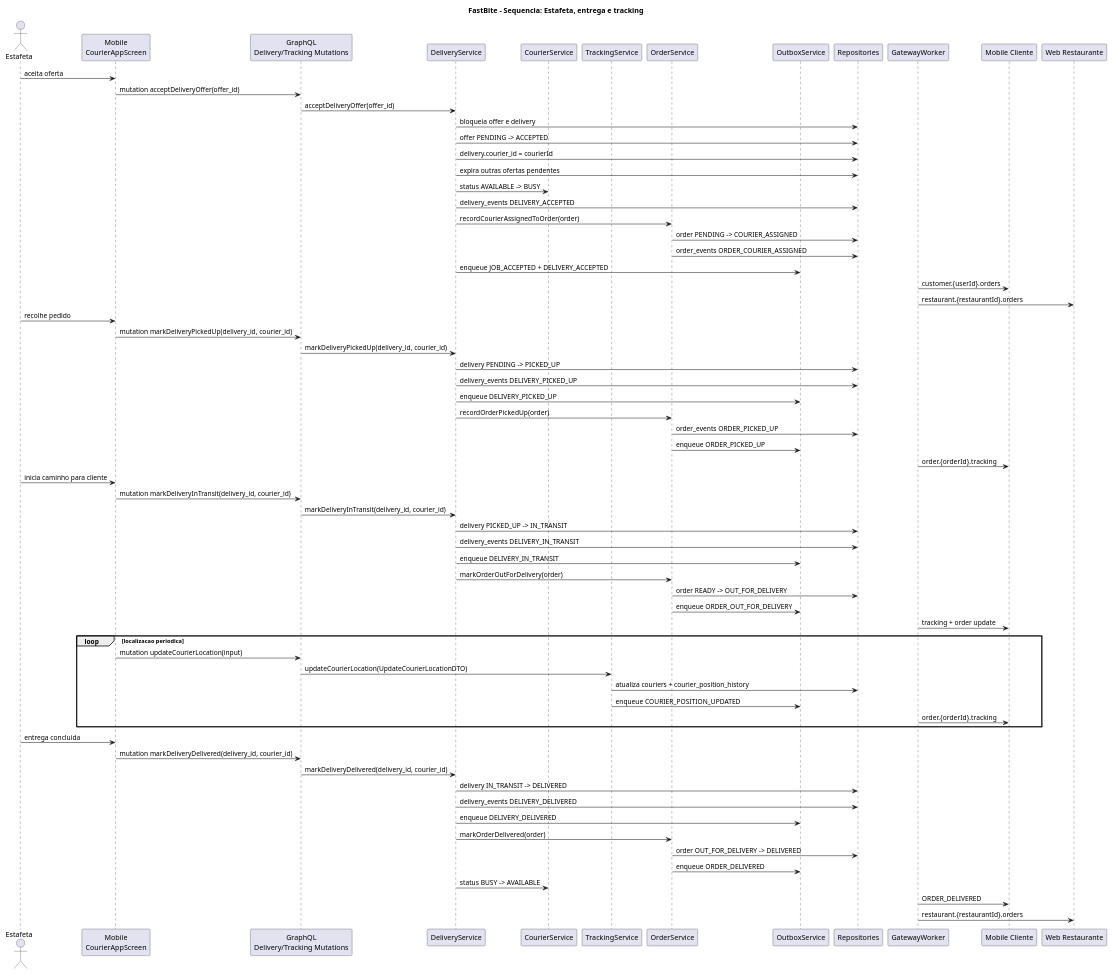
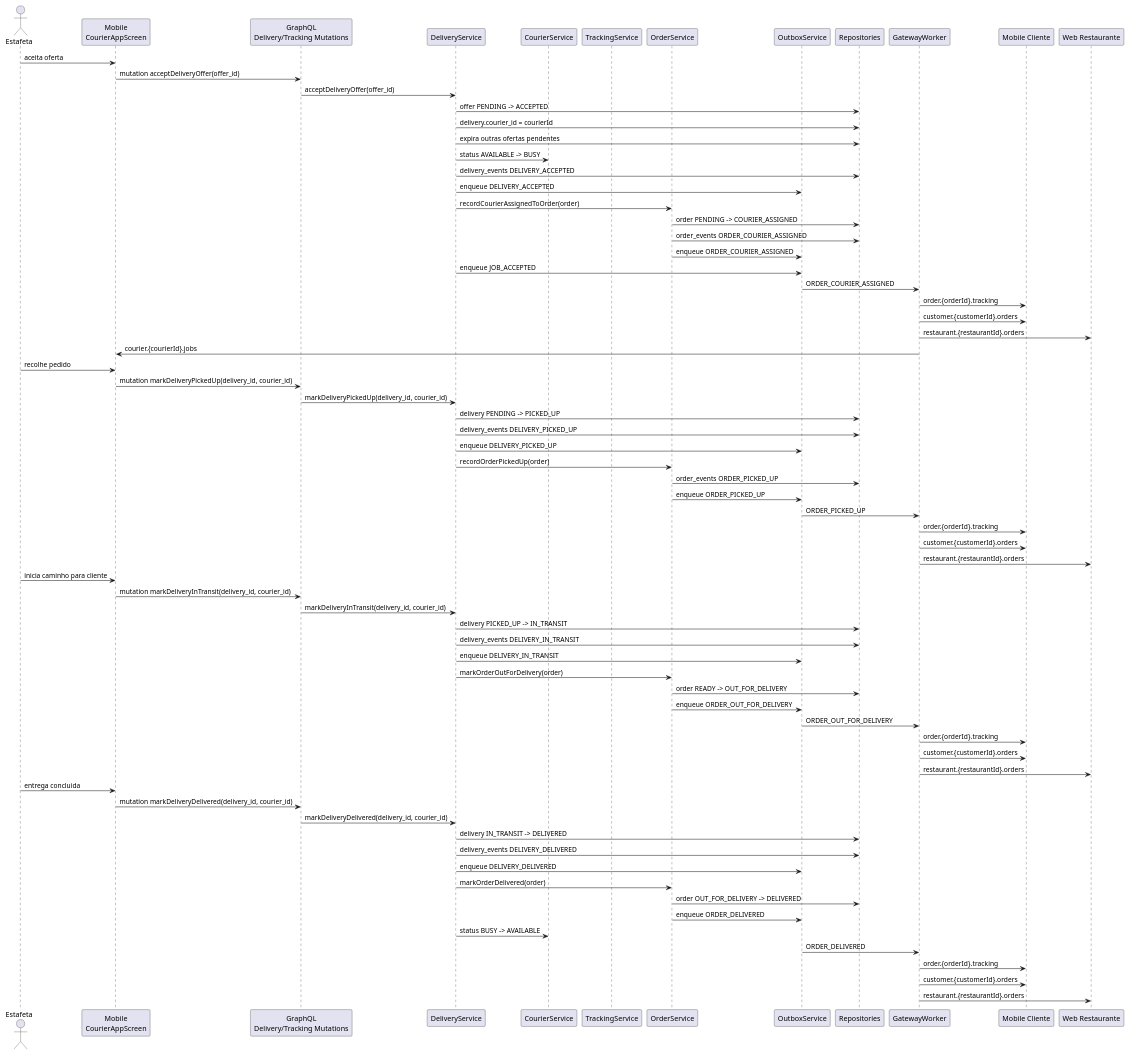
The diagram in Documentacao/docs novas/03c_sequencia_estafeta_entrega_tracking.puml (DuarteMSousa/FastBite), drawn with PlantUML before and after one commit. The commit also changed 1 other file, not shown here.

Commit message:
Refactor sequence diagrams: simplify flows
Update PlantUML sequence diagrams to simplify and align flows with current behavior.

- 03a_sequencia_checkout.puml: remove UML title and DB transaction begin/commit steps; collapse payment branch to the PENDING flow (create PENDING payment, emit ORDER_CREATED and PAYMENT_CREATED events, enqueue outbox and ExpirePendingPaymentJob), clear cart and return order PENDING + payment to GQL.
- 03c_sequencia_estafeta_entrega_tracking.puml: remove UML title and the explicit 'bloqueia offer e delivery' step; make offer acceptance explicit (offer -> ACCEPTED, set courier_id, expire other offers), enqueue outbox events and add Outbox -> GW publish to propagate JOB_ACCEPTED and DELIVERY_ACCEPTED to gateway.

These changes simplify the diagrams by removing low-level transaction details and redundant branches, making the sequence flows clearer and closer to the implemented behavior.

```diff
--- a/Documentacao/docs novas/03c_sequencia_estafeta_entrega_tracking.puml
+++ b/Documentacao/docs novas/03c_sequencia_estafeta_entrega_tracking.puml
@@ -1,77 +1,81 @@
 @startuml FastBite_Seq_Estafeta_Tracking
-title FastBite - Sequencia: Estafeta, entrega e tracking
 
 skinparam shadowing false
 actor Estafeta
 participant "Mobile\nCourierAppScreen" as CourierApp
 participant "GraphQL\nDelivery/Tracking Mutations" as GQL
 participant "DeliveryService" as DeliverySvc
 participant "CourierService" as CourierSvc
 participant "TrackingService" as TrackingSvc
 participant "OrderService" as OrderSvc
 participant "OutboxService" as Outbox
 participant "Repositories" as Repos
 participant "GatewayWorker" as GW
 participant "Mobile Cliente" as CustomerApp
 participant "Web Restaurante" as RestaurantWeb
 
 Estafeta -> CourierApp: aceita oferta
 CourierApp -> GQL: mutation acceptDeliveryOffer(offer_id)
 GQL -> DeliverySvc: acceptDeliveryOffer(offer_id)
-DeliverySvc -> Repos: bloqueia offer e delivery
 DeliverySvc -> Repos: offer PENDING -> ACCEPTED
 DeliverySvc -> Repos: delivery.courier_id = courierId
 DeliverySvc -> Repos: expira outras ofertas pendentes
 DeliverySvc -> CourierSvc: status AVAILABLE -> BUSY
 DeliverySvc -> Repos: delivery_events DELIVERY_ACCEPTED
+DeliverySvc -> Outbox: enqueue DELIVERY_ACCEPTED
 DeliverySvc -> OrderSvc: recordCourierAssignedToOrder(order)
 OrderSvc -> Repos: order PENDING -> COURIER_ASSIGNED
 OrderSvc -> Repos: order_events ORDER_COURIER_ASSIGNED
-DeliverySvc -> Outbox: enqueue JOB_ACCEPTED + DELIVERY_ACCEPTED
-GW -> CustomerApp: customer.{userId}.orders
+OrderSvc -> Outbox: enqueue ORDER_COURIER_ASSIGNED
+DeliverySvc -> Outbox: enqueue JOB_ACCEPTED
+Outbox -> GW: ORDER_COURIER_ASSIGNED
+GW -> CustomerApp: order.{orderId}.tracking
+GW -> CustomerApp: customer.{customerId}.orders
 GW -> RestaurantWeb: restaurant.{restaurantId}.orders
+GW -> CourierApp: courier.{courierId}.jobs
 
 Estafeta -> CourierApp: recolhe pedido
 CourierApp -> GQL: mutation markDeliveryPickedUp(delivery_id, courier_id)
 GQL -> DeliverySvc: markDeliveryPickedUp(delivery_id, courier_id)
 DeliverySvc -> Repos: delivery PENDING -> PICKED_UP
 DeliverySvc -> Repos: delivery_events DELIVERY_PICKED_UP
 DeliverySvc -> Outbox: enqueue DELIVERY_PICKED_UP
 DeliverySvc -> OrderSvc: recordOrderPickedUp(order)
 OrderSvc -> Repos: order_events ORDER_PICKED_UP
 OrderSvc -> Outbox: enqueue ORDER_PICKED_UP
+Outbox -> GW: ORDER_PICKED_UP
 GW -> CustomerApp: order.{orderId}.tracking
+GW -> CustomerApp: customer.{customerId}.orders
+GW -> RestaurantWeb: restaurant.{restaurantId}.orders
 
 Estafeta -> CourierApp: inicia caminho para cliente
 CourierApp -> GQL: mutation markDeliveryInTransit(delivery_id, courier_id)
 GQL -> DeliverySvc: markDeliveryInTransit(delivery_id, courier_id)
 DeliverySvc -> Repos: delivery PICKED_UP -> IN_TRANSIT
 DeliverySvc -> Repos: delivery_events DELIVERY_IN_TRANSIT
 DeliverySvc -> Outbox: enqueue DELIVERY_IN_TRANSIT
 DeliverySvc -> OrderSvc: markOrderOutForDelivery(order)
 OrderSvc -> Repos: order READY -> OUT_FOR_DELIVERY
 OrderSvc -> Outbox: enqueue ORDER_OUT_FOR_DELIVERY
-GW -> CustomerApp: tracking + order update
-
-loop localizacao periodica
-  CourierApp -> GQL: mutation updateCourierLocation(input)
-  GQL -> TrackingSvc: updateCourierLocation(UpdateCourierLocationDTO)
-  TrackingSvc -> Repos: atualiza couriers + courier_position_history
-  TrackingSvc -> Outbox: enqueue COURIER_POSITION_UPDATED
-  GW -> CustomerApp: order.{orderId}.tracking
-end
+Outbox -> GW: ORDER_OUT_FOR_DELIVERY
+GW -> CustomerApp: order.{orderId}.tracking
+GW -> CustomerApp: customer.{customerId}.orders
+GW -> RestaurantWeb: restaurant.{restaurantId}.orders
 
 Estafeta -> CourierApp: entrega concluida
 CourierApp -> GQL: mutation markDeliveryDelivered(delivery_id, courier_id)
 GQL -> DeliverySvc: markDeliveryDelivered(delivery_id, courier_id)
 DeliverySvc -> Repos: delivery IN_TRANSIT -> DELIVERED
 DeliverySvc -> Repos: delivery_events DELIVERY_DELIVERED
 DeliverySvc -> Outbox: enqueue DELIVERY_DELIVERED
 DeliverySvc -> OrderSvc: markOrderDelivered(order)
 OrderSvc -> Repos: order OUT_FOR_DELIVERY -> DELIVERED
 OrderSvc -> Outbox: enqueue ORDER_DELIVERED
 DeliverySvc -> CourierSvc: status BUSY -> AVAILABLE
-GW -> CustomerApp: ORDER_DELIVERED
+Outbox -> GW: ORDER_DELIVERED
+GW -> CustomerApp: order.{orderId}.tracking
+GW -> CustomerApp: customer.{customerId}.orders
 GW -> RestaurantWeb: restaurant.{restaurantId}.orders
 
+
 @enduml
```
